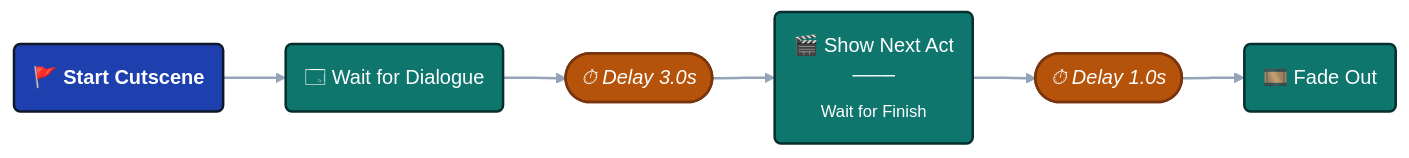
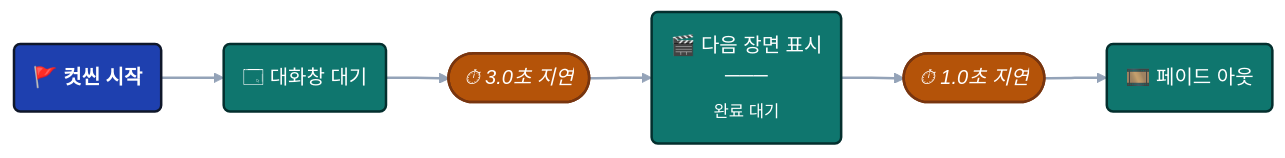
Before and after one commit to tinygiants-tech/TinyGiants: the second of 3 diagrams in i18n/ko/docusaurus-plugin-content-docs/current/game-event-system/flow-graph/game-event-node-connector.md, drawn with Mermaid. The commit also changed other lines of this file and 81 other files, not shown here.

````diff
--- a/i18n/ko/docusaurus-plugin-content-docs/current/game-event-system/flow-graph/game-event-node-connector.md
+++ b/i18n/ko/docusaurus-plugin-content-docs/current/game-event-system/flow-graph/game-event-node-connector.md
@@ -75,22 +75,22 @@
 ```mermaid
 graph LR
 
     classDef event fill:#1e40af,stroke:#0f172a,stroke-width:2px,color:#ffffff,font-weight:bold
     classDef action fill:#0f766e,stroke:#042f2e,stroke-width:2px,color:#ffffff
     classDef delay fill:#b45309,stroke:#78350f,stroke-width:2px,color:#ffffff,font-style:italic
 
-    A("🚩 Start Cutscene"):::event
-    B("🗔 Wait for Dialogue"):::action
-    C(["⏱ Delay 3.0s"]):::delay
-    D("🎬 Show Next Act<br/>───<br/><sub>Wait for Finish</sub>"):::action
-    E(["⏱ Delay 1.0s"]):::delay
-    F("🎞️ Fade Out"):::action
+    A("🚩 컷씬 시작"):::event
+    B("🗔 대화창 대기"):::action
+    C(["⏱ 3.0초 지연"]):::delay
+    D("🎬 다음 장면 표시<br/>───<br/><sub>완료 대기</sub>"):::action
+    E(["⏱ 1.0초 지연"]):::delay
+    F("🎞️ 페이드 아웃"):::action
 
     A --> B
     B --> C
     C --> D
     D --> E
     E --> F
 
     linkStyle default stroke:#94a3b8,stroke-width:2px
 ```
````
